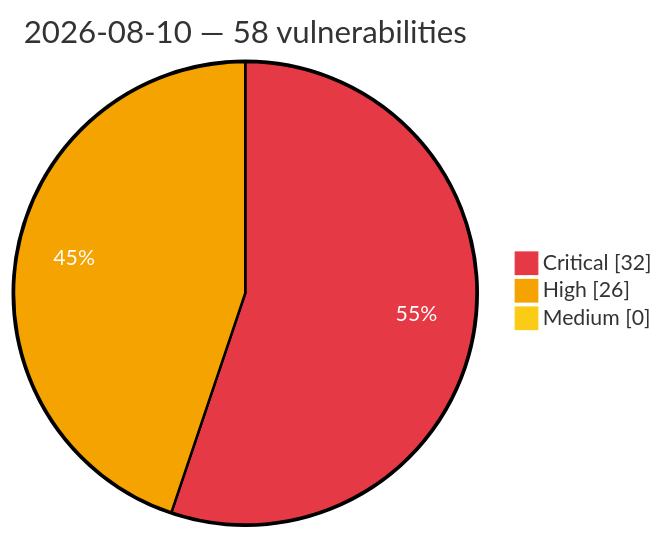
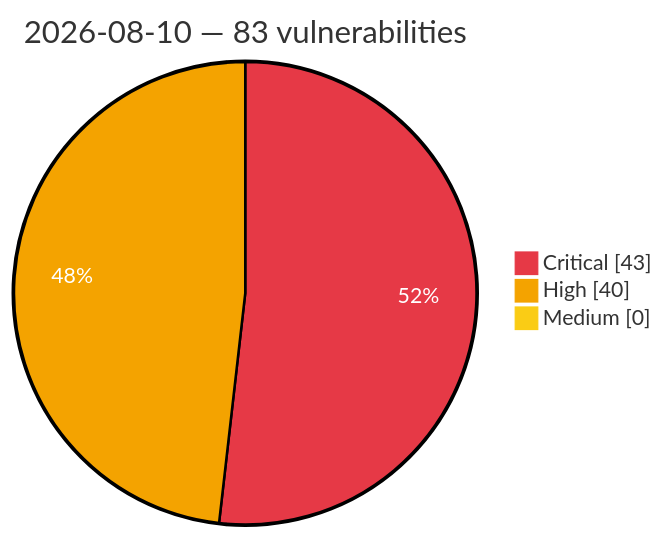
The diagram in vulnerabilities/2026/August/2026-08-10.md (GhostX0X/vuln-tracker), drawn with Mermaid before and after one commit. The commit also changed other lines of this file and 5 other files, not shown here.

Commit message:
Auto update: critical/high vulns (2026-08-10 21:58 UTC)

````diff
--- a/vulnerabilities/2026/August/2026-08-10.md
+++ b/vulnerabilities/2026/August/2026-08-10.md
@@ -3,8 +3,8 @@
 ```mermaid
 %%{init: {'theme':'base', 'themeVariables': {'pie1':'#e63946', 'pie2':'#f4a300', 'pie3':'#facc15', 'pieOpacity':'1', 'pieOuterStrokeWidth':'2px', 'pieSectionTextColor':'#ffffff'}}}%%
 pie showData
-    title 2026-08-10 — 58 vulnerabilities
-    "Critical" : 32
-    "High" : 26
+    title 2026-08-10 — 83 vulnerabilities
+    "Critical" : 43
+    "High" : 40
     "Medium" : 0
 ```
````
